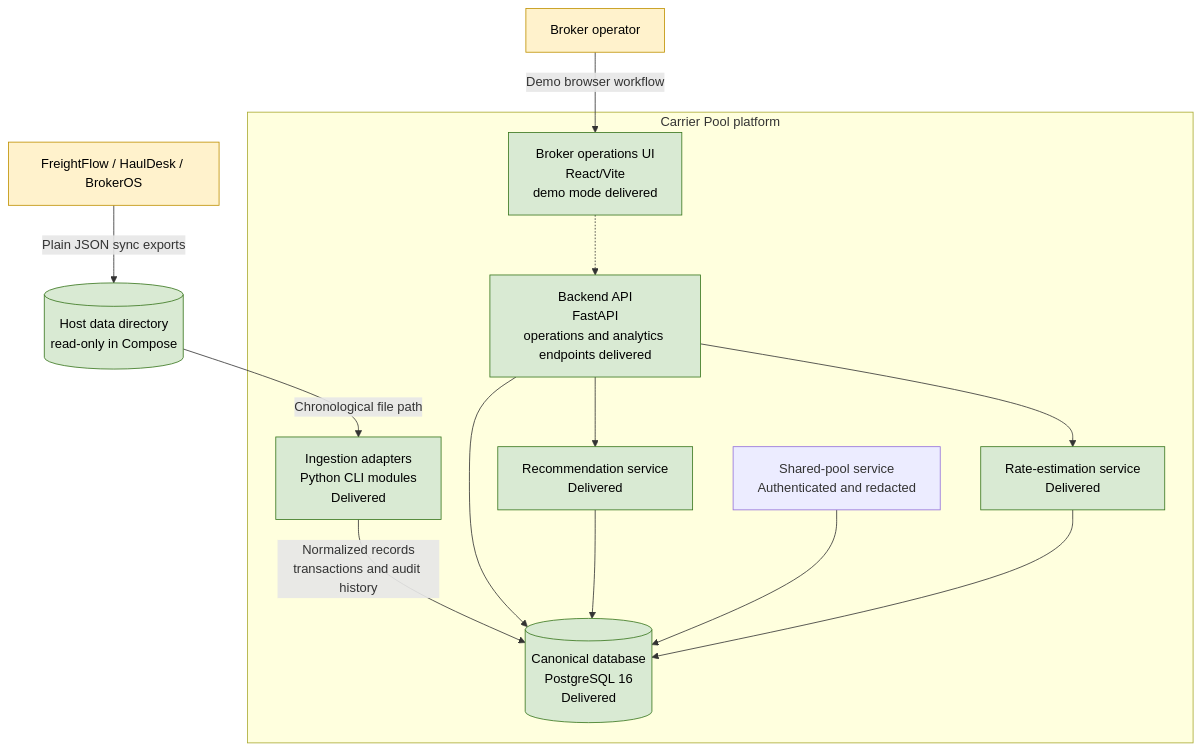
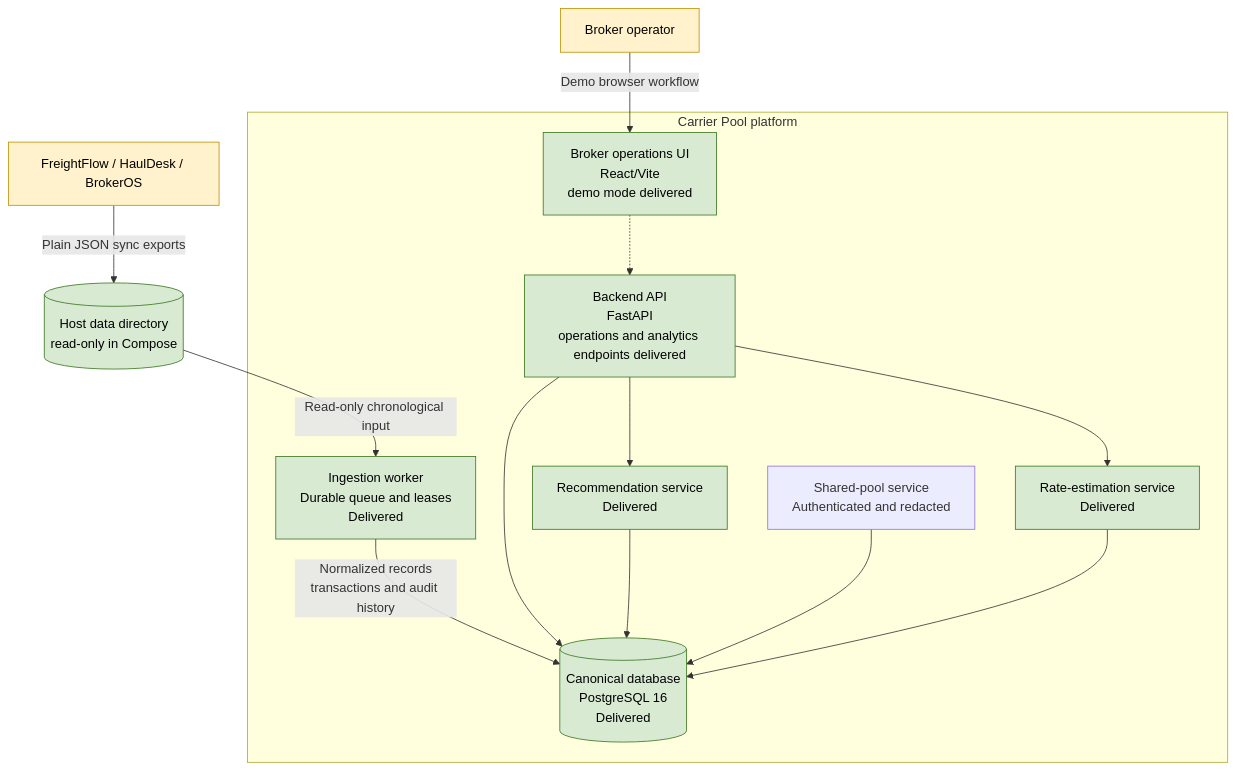
One commit to thetonyweapon/carrier-pool changed the diagram in openspec/architecture/containers.md. Above: the diagram before and after it, drawn with Mermaid. The commit also changed other lines of this file and 12 other files, not shown here.

Commit message:
feat: run durable ingestion worker

````diff
--- a/openspec/architecture/containers.md
+++ b/openspec/architecture/containers.md
@@ -9,34 +9,34 @@
 ```mermaid
 flowchart TB
     operator[Broker operator]
     tms[FreightFlow / HaulDesk / BrokerOS]
     files[(Host data directory\nread-only in Compose)]
 
     subgraph system[Carrier Pool platform]
         ui[Broker operations UI\nReact/Vite\ndemo mode delivered]
         api[Backend API\nFastAPI\noperations and analytics endpoints delivered]
-        cli[Ingestion adapters\nPython CLI modules\nDelivered]
+        worker[Ingestion worker\nDurable queue and leases\nDelivered]
         rec[Recommendation service\nDelivered]
         pool[Shared-pool service\nAuthenticated and redacted]
         rate[Rate-estimation service\nDelivered]
         db[(Canonical database\nPostgreSQL 16\nDelivered)]
     end
 
     tms -->|Plain JSON sync exports| files
-    files -->|Chronological file path| cli
-    cli -->|Normalized records\ntransactions and audit history| db
+    files -->|Read-only chronological input| worker
+    worker -->|Normalized records\ntransactions and audit history| db
     operator -->|Demo browser workflow| ui
     ui -.-> api
     api --> db
     api --> rec
     api --> rate
     rec --> db
     pool --> db
     rate --> db
 
     classDef delivered fill:#d9ead3,stroke:#38761d,color:#000;
     classDef planned fill:#f3f3f3,stroke:#666,color:#000,stroke-dasharray: 5 5;
     classDef external fill:#fff2cc,stroke:#bf9000,color:#000;
-    class api,cli,db,files,rec,rate,ui delivered;
+    class api,worker,db,files,rec,rate,ui delivered;
     class operator,tms external;
 ```
````
